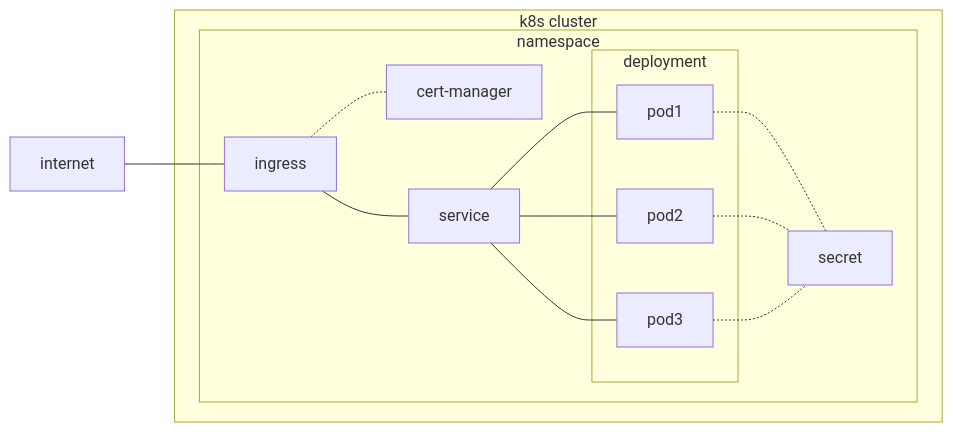
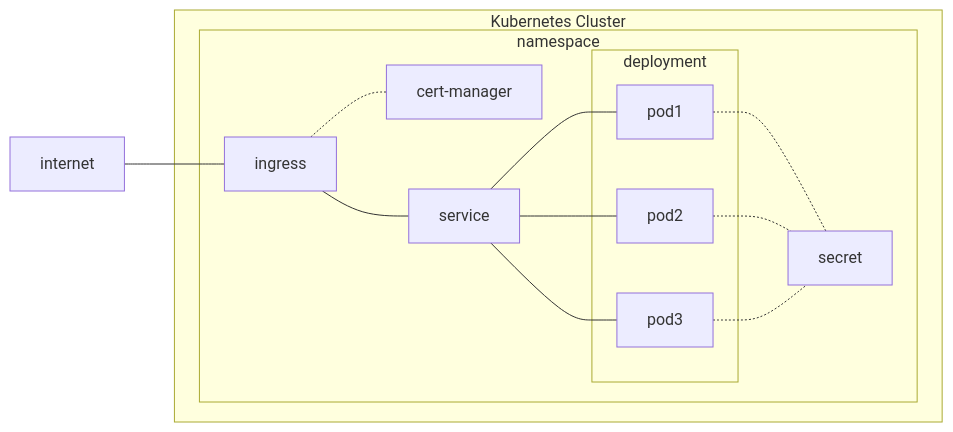
Before and after one commit to mritzmann/cheatsheets: the second of 2 diagrams in kubernetes.md, drawn with Mermaid. The commit also changed other lines of this file, not shown here.

````diff
--- a/kubernetes.md
+++ b/kubernetes.md
@@ -45,42 +57,42 @@
 ```mermaid
 graph LR
 
   %% resources
   internet
   
   %% relations
   internet --- ingress
 
-  subgraph cluster["k8s cluster"]
+  subgraph cluster["Kubernetes Cluster"]
 
     subgraph namespace
 
       %% resources
       ingress
       cert-manager
       service
       secret
 
       %% relations
       ingress --- service
       ingress -.- cert-manager
       service --- pod1
       service --- pod2
       service --- pod3
       pod1 -.- secret
       pod2 -.- secret
       pod3 -.- secret
       
       subgraph deployment
       
         %% resources
         pod1
         pod2
         pod3
       
       end
     
     end
 
   end
 ```
````
